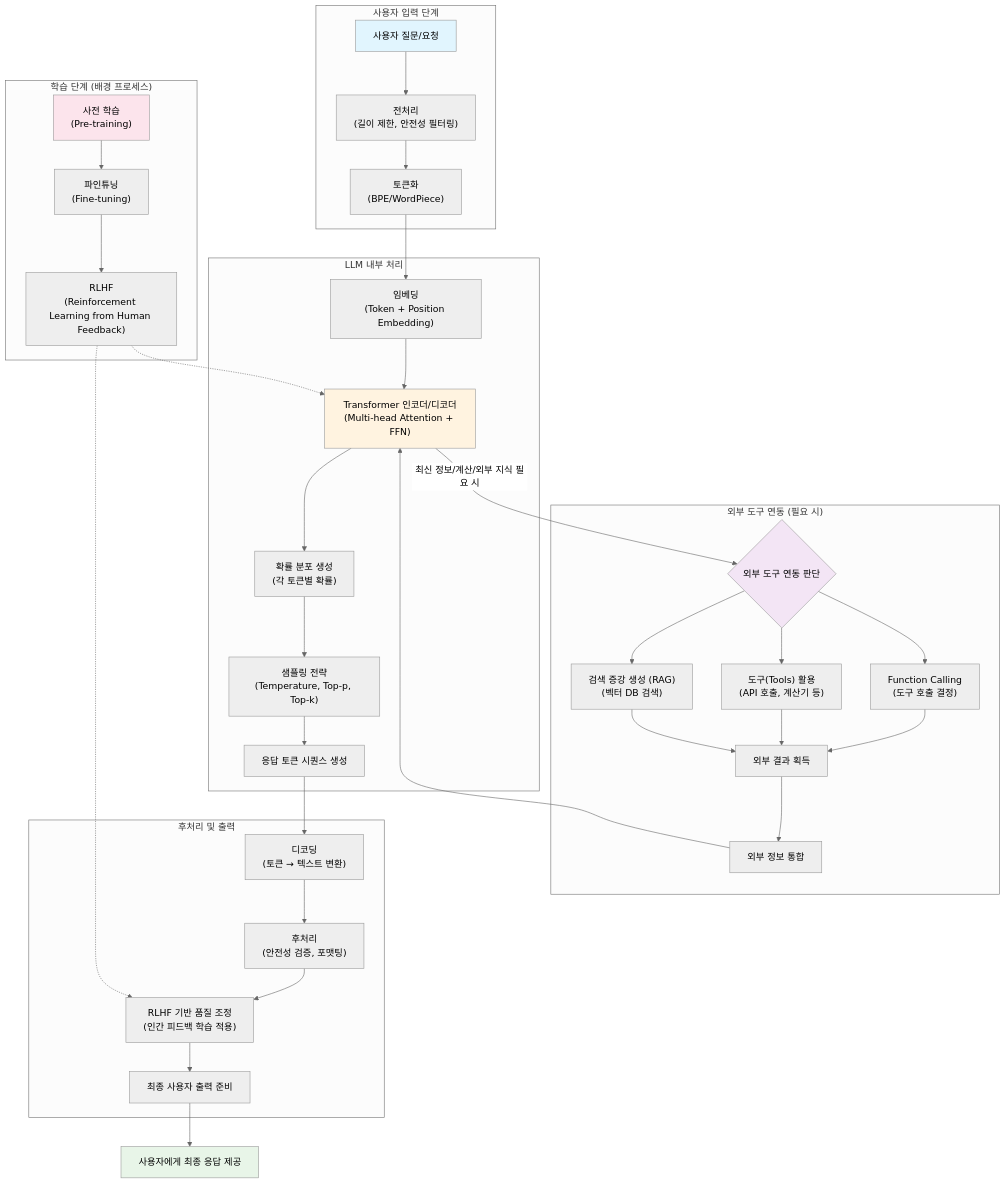
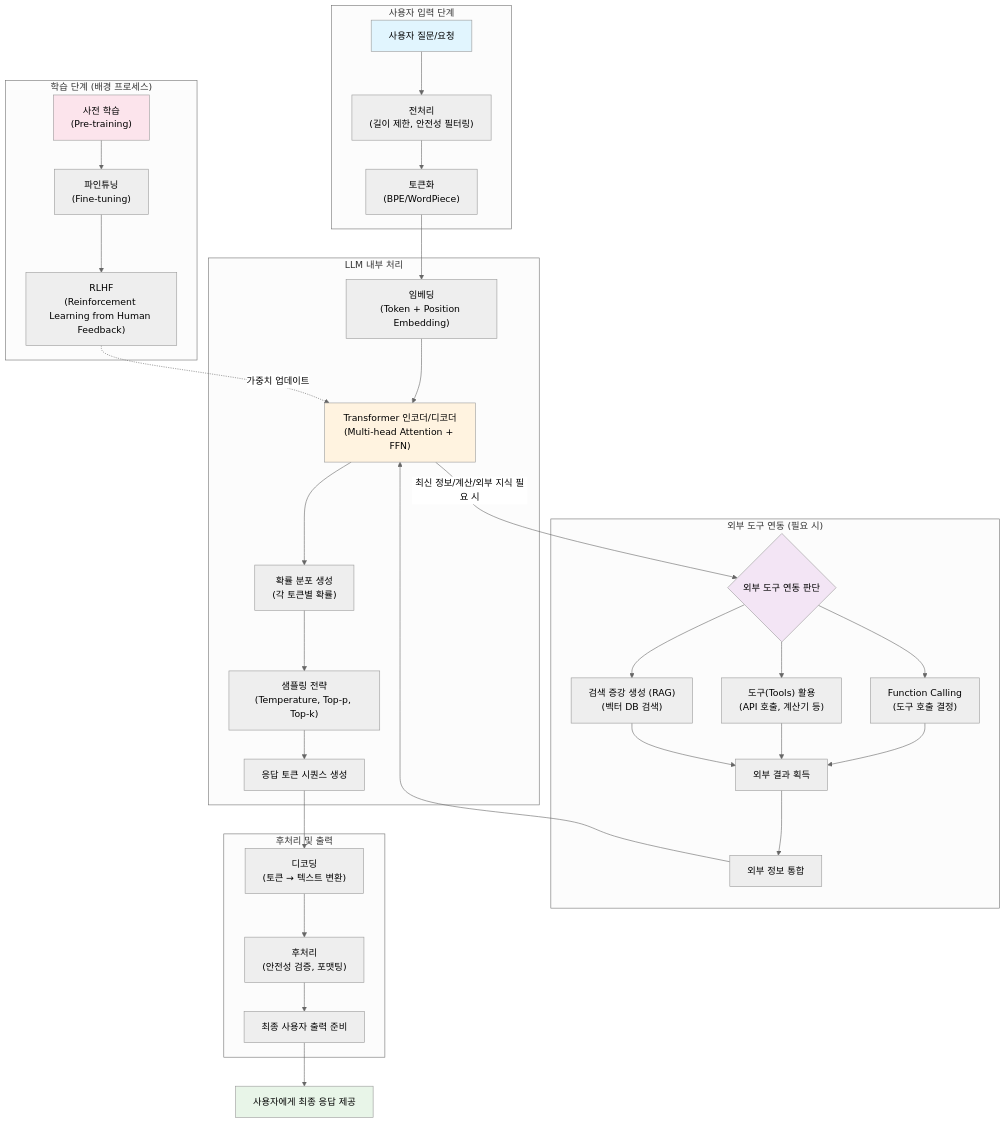
The diagram in ch01/sec01/04_chat_gpt.md (postforty/kor-it-langchain-class), drawn with Mermaid (neutral theme) before and after one commit. The commit also changed other lines of this file and 5 other files, not shown here.

First line of the commit message:
docs: 생성형 AI 및 에이전트 핵심 이론 교안 기술 오류 수정 및 다이어그램 고도화

````diff
--- a/ch01/sec01/04_chat_gpt.md
+++ b/ch01/sec01/04_chat_gpt.md
@@ -3,49 +3,47 @@
 ```mermaid
 graph TD;
     subgraph "사용자 입력 단계"
         A["사용자 질문/요청"] --> B["전처리<br/>(길이 제한, 안전성 필터링)"];
         B --> C["토큰화<br/>(BPE/WordPiece)"];
     end
 
     subgraph "LLM 내부 처리"
         C --> D["임베딩<br/>(Token + Position Embedding)"];
         D --> E["Transformer 인코더/디코더<br/>(Multi-head Attention + FFN)"];
         E --> F["확률 분포 생성<br/>(각 토큰별 확률)"];
         F --> G["샘플링 전략<br/>(Temperature, Top-p, Top-k)"];
         G --> H["응답 토큰 시퀀스 생성"];
     end
 
     subgraph "외부 도구 연동 (필요 시)"
         E -- "최신 정보/계산/외부 지식 필요 시" --> I{"외부 도구 연동 판단"};
         I --> J["Function Calling<br/>(도구 호출 결정)"];
         I --> K["도구(Tools) 활용<br/>(API 호출, 계산기 등)"];
         I --> L["검색 증강 생성 (RAG)<br/>(벡터 DB 검색)"];
         J --> M["외부 결과 획득"];
         K --> M;
         L --> M;
         M --> N["외부 정보 통합"];
         N --> E;
     end
 
     subgraph "후처리 및 출력"
         H --> O["디코딩<br/>(토큰 → 텍스트 변환)"];
         O --> P["후처리<br/>(안전성 검증, 포맷팅)"];
-        P --> Q["RLHF 기반 품질 조정<br/>(인간 피드백 학습 적용)"];
-        Q --> R["최종 사용자 출력 준비"];
+        P --> R["최종 사용자 출력 준비"];
     end
 
     R --> S["사용자에게 최종 응답 제공"];
 
     subgraph "학습 단계 (배경 프로세스)"
         T["사전 학습<br/>(Pre-training)"] --> U["파인튜닝<br/>(Fine-tuning)"];
         U --> V["RLHF<br/>(Reinforcement Learning from Human Feedback)"];
-        V -.-> E;
-        V -.-> Q;
+        V -. "가중치 업데이트" .-> E;
     end
 
     style A fill:#e1f5fe
     style S fill:#e8f5e8
     style E fill:#fff3e0
     style I fill:#f3e5f5
     style T fill:#fce4ec
 ```
````
